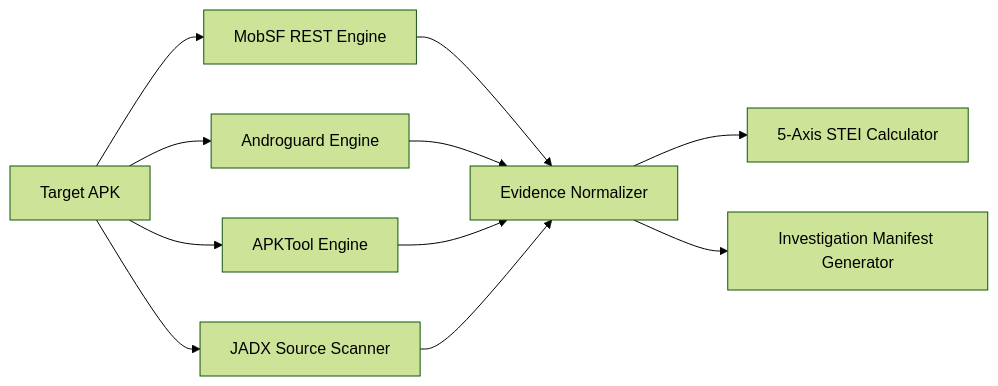
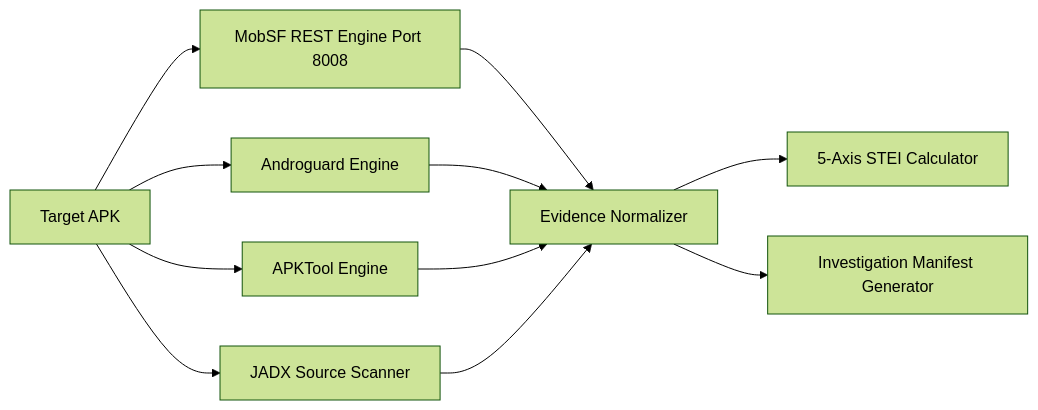
One commit to SanTiwari07/Sudarshan changed the second of 3 diagrams in docs/ARCHITECTURE.md. Above: the diagram before and after it, drawn with Mermaid (forest theme). The commit also changed other lines of this file and 22 other files, not shown here.

Commit message:
comprehensive project documentation and microservice architecture guides

````diff
--- a/docs/ARCHITECTURE.md
+++ b/docs/ARCHITECTURE.md
@@ -167,15 +172,15 @@
 ```mermaid
 graph LR
-    APK[Target APK] --> MobSF[MobSF REST Engine]
+    APK[Target APK] --> MobSF[MobSF REST Engine Port 8008]
     APK --> Andro[Androguard Engine]
     APK --> APKT[APKTool Engine]
     APK --> JADX[JADX Source Scanner]
 
     MobSF --> Normalizer[Evidence Normalizer]
     Andro --> Normalizer
     APKT --> Normalizer
     JADX --> Normalizer
 
     Normalizer --> STEI[5-Axis STEI Calculator]
     Normalizer --> Manifest[Investigation Manifest Generator]
 ```
````
